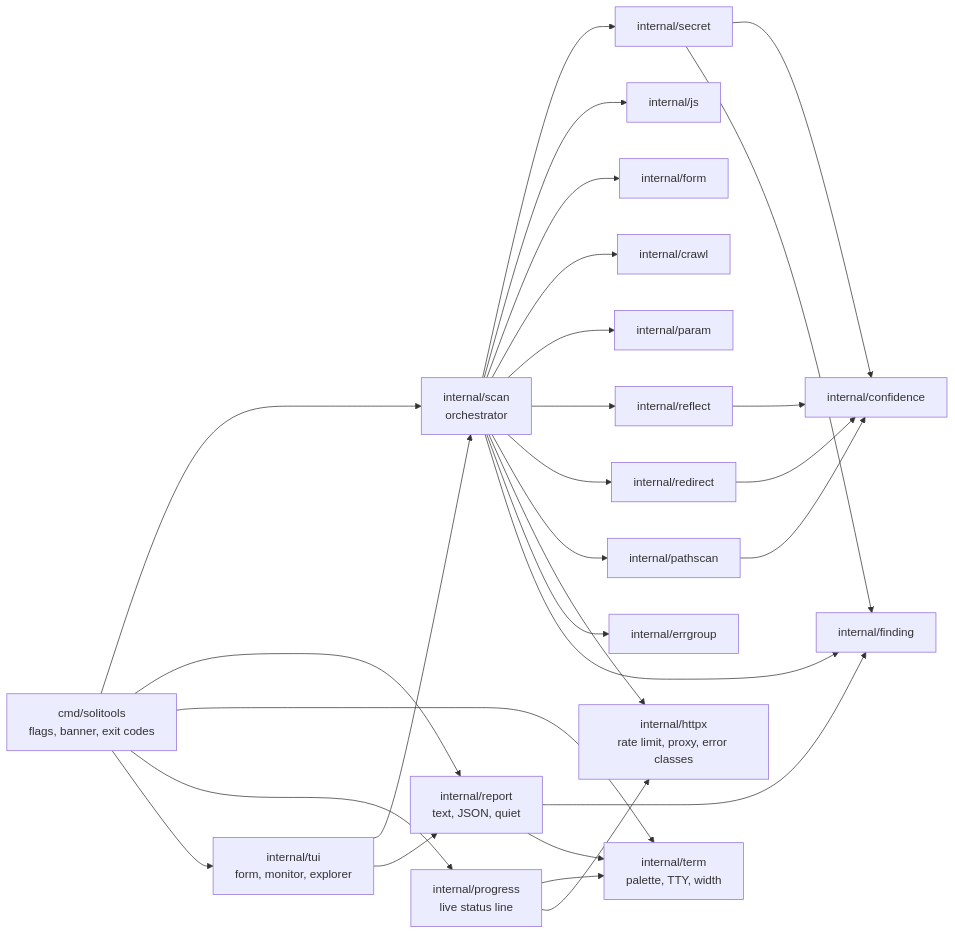
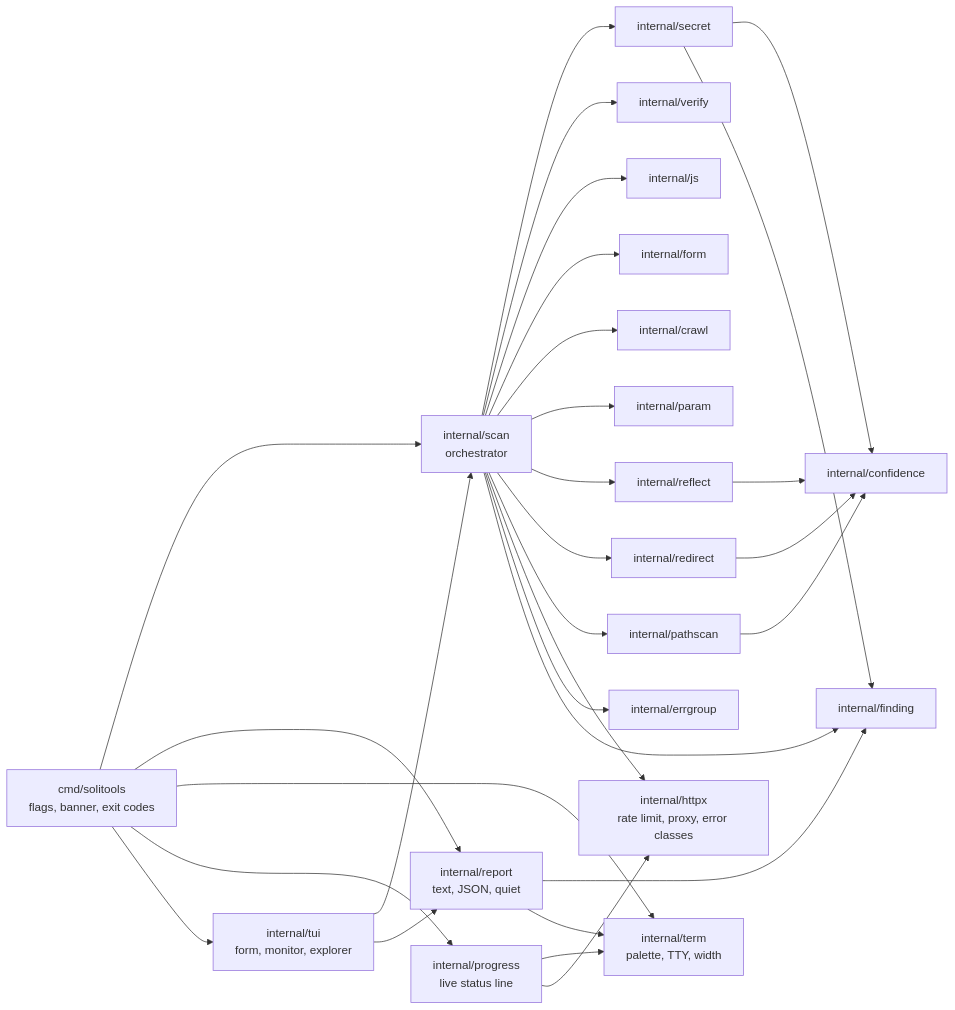
Before and after one commit to soliofski/SoliTools: the first of 7 diagrams in HANDOVER.md, drawn with Mermaid. The commit also changed other lines of this file and 12 other files, not shown here.

````diff
--- a/HANDOVER.md
+++ b/HANDOVER.md
@@ -202,51 +204,53 @@
 ```mermaid
 flowchart LR
     CLI["cmd/solitools<br/>flags, banner, exit codes"]
     SCAN["internal/scan<br/>orchestrator"]
     REPORT["internal/report<br/>text, JSON, quiet"]
     TERM["internal/term<br/>palette, TTY, width"]
     PROG["internal/progress<br/>live status line"]
     TUI["internal/tui<br/>form, monitor, explorer"]
 
     SECRET["internal/secret"]
+    VERIFY["internal/verify"]
     JS["internal/js"]
     FORM["internal/form"]
     CRAWL["internal/crawl"]
     PARAM["internal/param"]
     REFLECT["internal/reflect"]
     REDIRECT["internal/redirect"]
     PATH["internal/pathscan"]
 
     HTTP["internal/httpx<br/>rate limit, proxy, error classes"]
     EG["internal/errgroup"]
     CONF["internal/confidence"]
     FIND["internal/finding"]
 
     CLI --> SCAN
     CLI --> REPORT
     CLI --> TERM
     CLI --> PROG
     CLI --> TUI
     TUI --> SCAN
     TUI --> REPORT
     SCAN --> SECRET
+    SCAN --> VERIFY
     SCAN --> JS
     SCAN --> FORM
     SCAN --> CRAWL
     SCAN --> PARAM
     SCAN --> REFLECT
     SCAN --> REDIRECT
     SCAN --> PATH
     SCAN --> HTTP
     SCAN --> EG
     SCAN --> FIND
     SECRET --> CONF
     SECRET --> FIND
     REFLECT --> CONF
     REDIRECT --> CONF
     PATH --> CONF
     REPORT --> FIND
     REPORT --> TERM
     PROG --> TERM
     PROG --> HTTP
 ```
````
